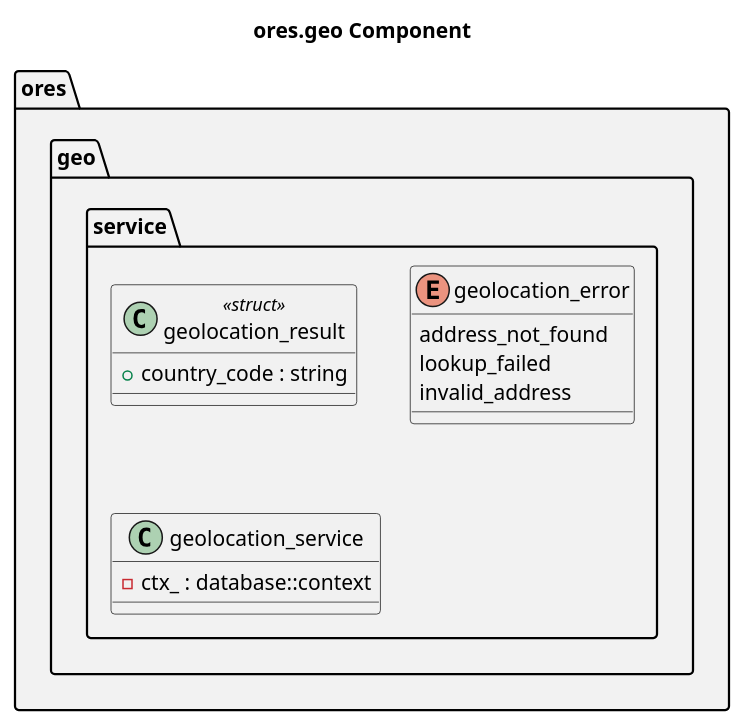
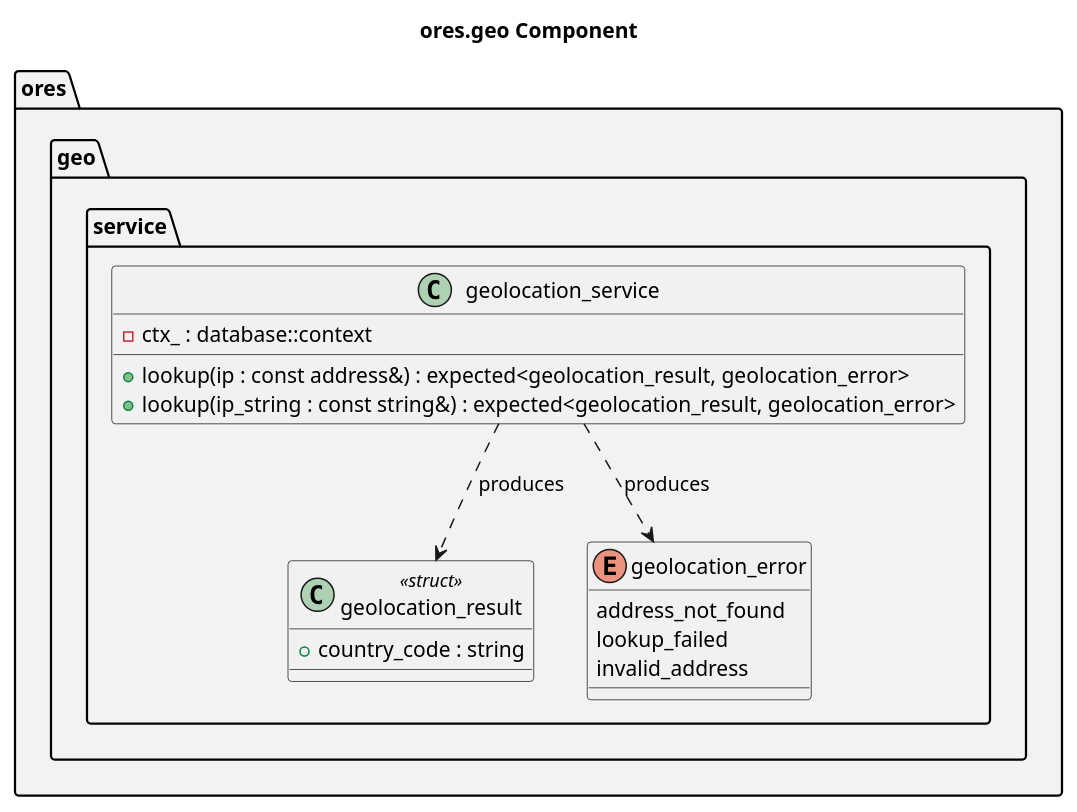
The diagram in projects/ores.geo/modeling/ores.geo.puml (OreStudio/OreStudio), drawn with PlantUML before and after one commit. The commit also changed 2 other files, not shown here.

Commit message:
[geo] Massage the component diagram by hand
The capture gives the class boxes and the enum only. The diagram now
also carries the two lookup signatures and the service-to-result and
service-to-error arrows, which the header scan cannot infer. PlantUML
resolves a relationship only in the namespace block that declares its
classes, so the hand-authored lines sit above the sentinel, and a warning
below it says a capture run rewrites them. The image is re-rendered.

The task record's G05 row said the capture was a no-op, which the second
pass makes untrue; it now describes the two-pass method.

Story-ID: 3EF24442-FC51-4024-8E3C-70C814C71BCA
Task-ID: D1BEBBD1-3DAE-4E15-8F0B-D207C8F17302
Environment: eager_maxwell

```diff
--- a/projects/ores.geo/modeling/ores.geo.puml
+++ b/projects/ores.geo/modeling/ores.geo.puml
@@ -18,30 +18,38 @@
 @startuml
 
 title ores.geo Component
 
 set namespaceSeparator ::
 
 namespace ores #F2F2F2 {
     namespace geo #F2F2F2 {
         namespace service #F2F2F2 {
             class geolocation_result <<struct>> {
                 +country_code : string
             }
             enum geolocation_error {
                 address_not_found
                 lookup_failed
                 invalid_address
             }
             class geolocation_service {
                 -ctx_ : database::context
+                +lookup(ip : const address&) : expected<geolocation_result, geolocation_error>
+                +lookup(ip_string : const string&) : expected<geolocation_result, geolocation_error>
             }
+            geolocation_service ..> geolocation_result : produces
+            geolocation_service ..> geolocation_error : produces
         }
     }
 }
 
 ' --- manual: everything below this line is hand-authored; the script preserves it ---
+'
+' A capture run replaces everything above the sentinel with class boxes only.
+' The lookup methods and the two dependency arrows above it are hand-authored,
+' so re-add them after running generate_component_puml.py.
 
 ' Local Variables:
 ' compile-command: "java -Djava.awt.headless=true -DPLANTUML_SECURITY_PROFILE=UNSECURE -DPLANTUML_LIMIT_SIZE=65535 -jar /usr/share/plantuml/plantuml.jar ores.geo.puml"
 ' End:
 @enduml
```
